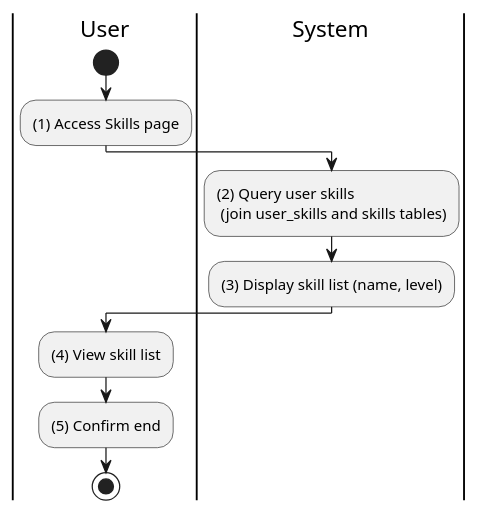
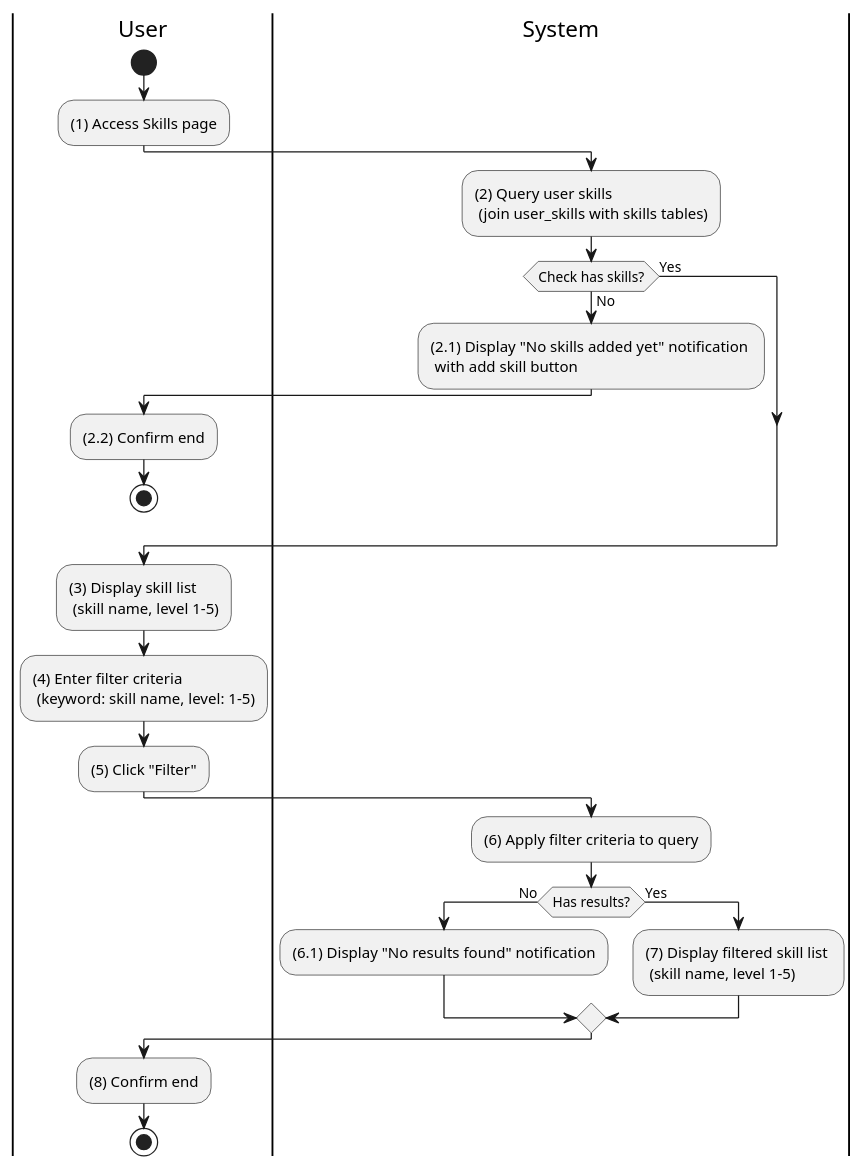
Before and after one commit to taskpilot-platform/taskpilot-platform.github.io: the diagram in docs/docs/activity/user-skills/view-personal-skill-list.md, drawn with PlantUML. The commit also changed 10 other files, not shown here.

First line of the commit message:
expand activity diagrams: add empty-state checks and filter flows

````diff
--- a/docs/docs/activity/user-skills/view-personal-skill-list.md
+++ b/docs/docs/activity/user-skills/view-personal-skill-list.md
@@ -3,20 +3,43 @@
 ```plantuml
 @startuml
 |U|User
 |S|System
 
 |U|
 start
 :(1) Access Skills page;
 
 |S|
-:(2) Query user skills \n (join user_skills and skills tables);
-:(3) Display skill list (name, level);
+:(2) Query user skills \n (join user_skills with skills tables);
+
+if (Check has skills?) then (No)
+  :(2.1) Display "No skills added yet" notification \n with add skill button;
+  |U|
+  :(2.2) Confirm end;
+  stop
+else (Yes)
+endif
+
+:(3) Display skill list \n (skill name, level 1-5);
 
 |U|
-:(4) View skill list;
-:(5) Confirm end;
+:(4) Enter filter criteria \n (keyword: skill name, level: 1-5);
+:(5) Click "Filter";
+
+|S|
+:(6) Apply filter criteria to query;
+
+if (Has results?) then (No)
+  :(6.1) Display "No results found" notification;
+  |U|
+else (Yes)
+  |S|
+  :(7) Display filtered skill list \n (skill name, level 1-5);
+  |U|
+endif
+
+:(8) Confirm end;
 
 stop
 @enduml
 ```
````
